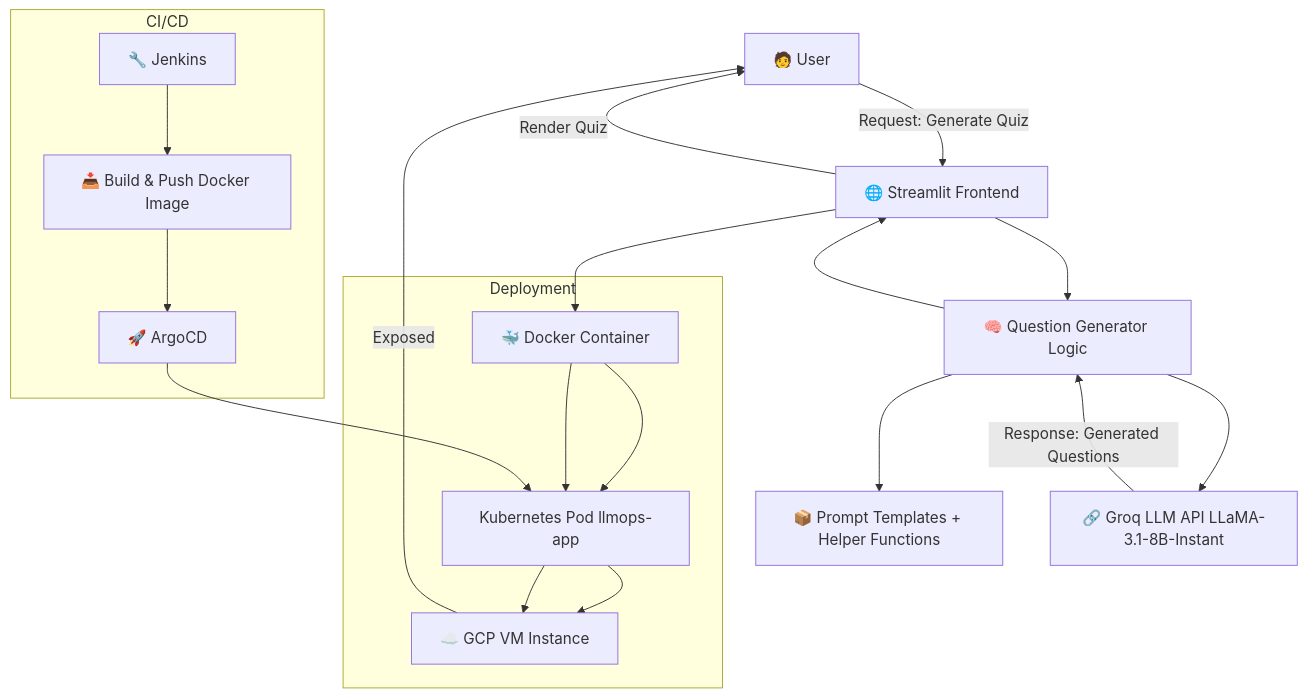
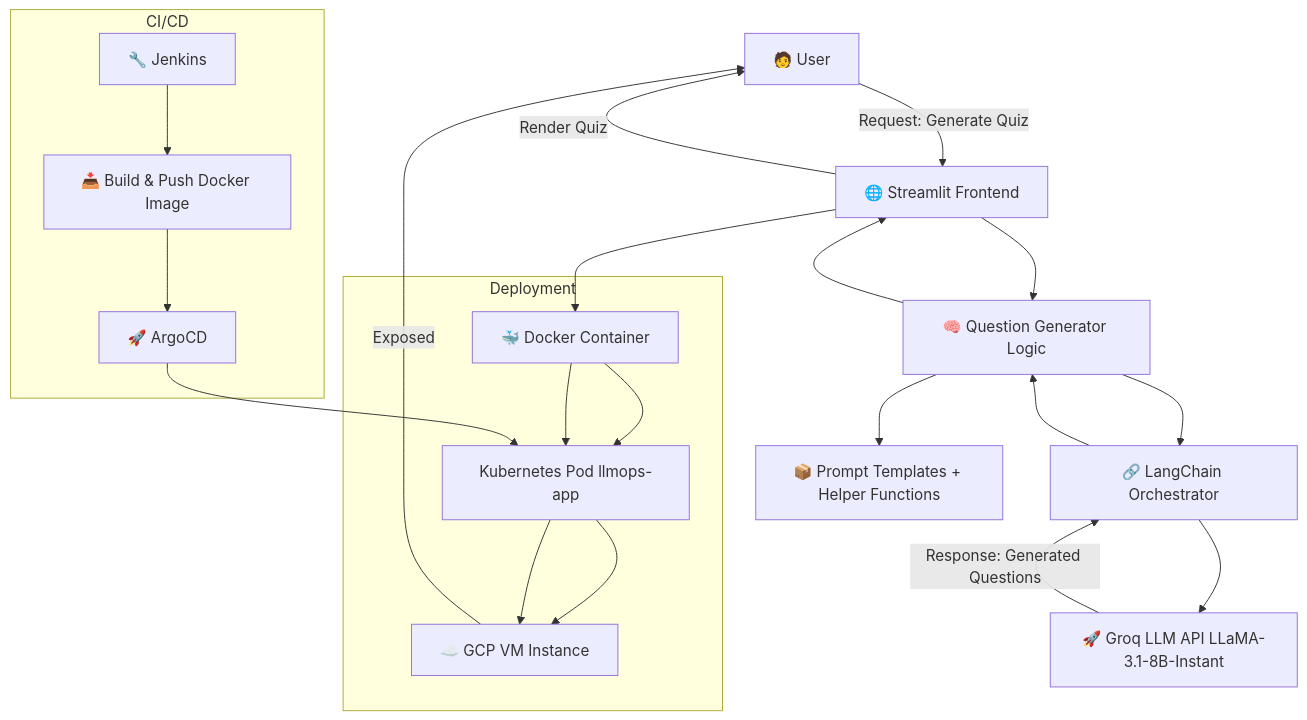
The second of 2 diagrams in README.md (aimldinesh/ASKGENIE), drawn with Mermaid before and after one commit. The commit also changed other lines of this file, not shown here.

````diff
--- a/README.md
+++ b/README.md
@@ -105,29 +108,30 @@
 ```mermaid
 graph TD
     A[🧑 User] -->|Request: Generate Quiz| B[🌐 Streamlit Frontend]
     B --> C[🧠 Question Generator Logic]
     C --> D[📦 Prompt Templates + Helper Functions]
-    C --> E[🔗 Groq LLM API LLaMA-3.1-8B-Instant]
+    C --> L[🔗 LangChain Orchestrator]
+    L --> E[🚀 Groq LLM API LLaMA-3.1-8B-Instant]
 
-    E -->|Response: Generated Questions| C
+    E -->|Response: Generated Questions| L
+    L --> C
     C --> B
     B -->|Render Quiz| A
 
     subgraph Deployment
       F[🐳 Docker Container] --> G[Kubernetes Pod llmops-app]
       G --> H[☁️ GCP VM Instance]
     end
 
     B --> F
     F --> G
     G --> H
 
     subgraph CI/CD
       I[🔧 Jenkins] --> J[📥 Build & Push Docker Image]
       J --> K[🚀 ArgoCD]
       K --> G
     end
 
     H -->|Exposed| A
-
 ```
````
